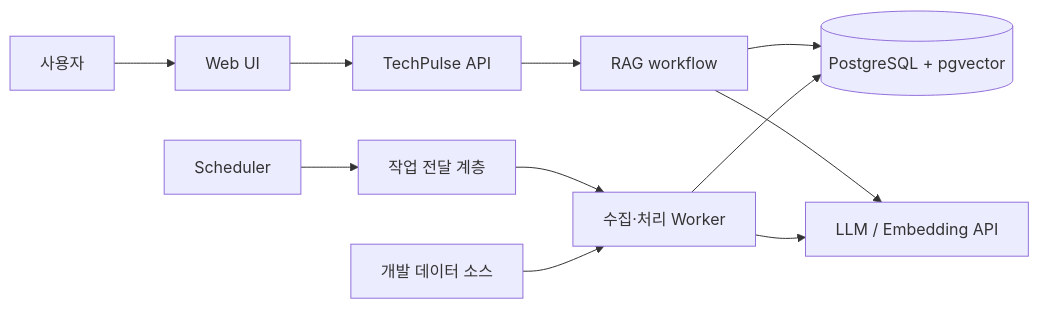
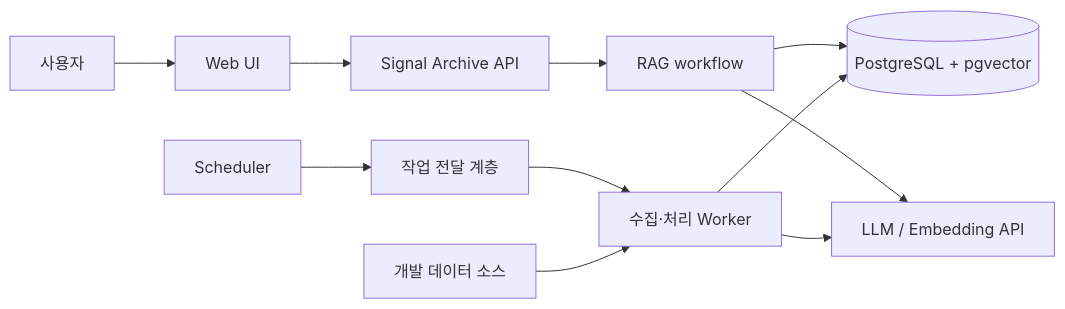
Before and after one commit to lulupang2/tech_p: the first of 3 diagrams in docs/ARCHITECTURE.md, drawn with Mermaid. The commit also changed other lines of this file and 57 other files, not shown here.

Commit message:
feat: rebrand product as Signal Archive

````diff
--- a/docs/ARCHITECTURE.md
+++ b/docs/ARCHITECTURE.md
@@ -17,14 +17,14 @@
 ```mermaid
 flowchart LR
     User[사용자] --> Web[Web UI]
-    Web --> API[TechPulse API]
+    Web --> API[Signal Archive API]
     API --> RAG[RAG workflow]
     RAG --> DB[(PostgreSQL + pgvector)]
     RAG --> LLM[LLM / Embedding API]
 
     Scheduler[Scheduler] --> Queue[작업 전달 계층]
     Queue --> Workers[수집·처리 Worker]
     Sources[개발 데이터 소스] --> Workers
     Workers --> DB
     Workers --> LLM
 ```
````
